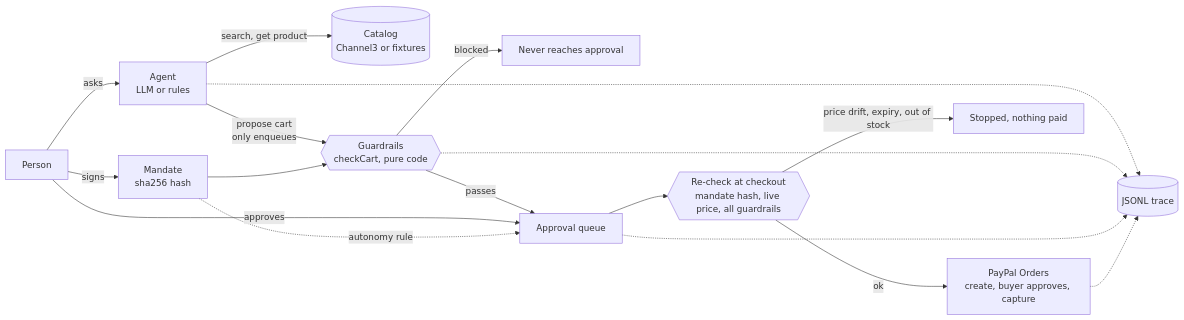
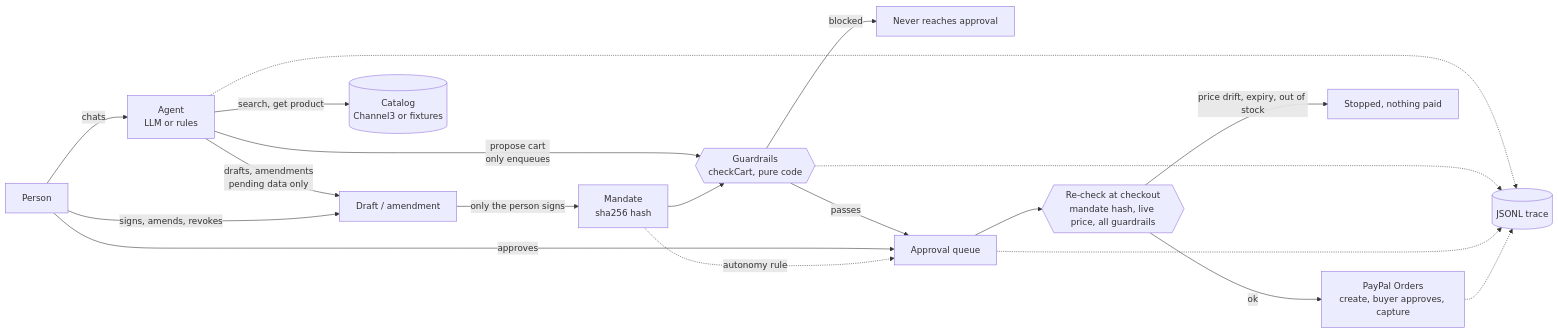
Before and after one commit to isaacboque/mandate: the diagram in README.md, drawn with Mermaid. The commit also changed other lines of this file and 81 other files, not shown here.

First line of the commit message:
Mandate agent UI: chat + contracts panel (part 2/2) (#29)

````diff
--- a/README.md
+++ b/README.md
@@ -33,19 +39,21 @@
 ```mermaid
 flowchart LR
-  U[Person] -->|signs| M[Mandate<br/>sha256 hash]
-  U -->|asks| A[Agent<br/>LLM or rules]
+  U[Person] -->|chats| A[Agent<br/>LLM or rules]
+  A -->|drafts, amendments<br/>pending data only| D[Draft / amendment]
+  D -->|only the person signs| M[Mandate<br/>sha256 hash]
+  U -->|signs, amends, revokes| D
   A -->|search, get product| C[(Catalog<br/>Channel3 or fixtures)]
   A -->|propose cart<br/>only enqueues| G{{Guardrails<br/>checkCart, pure code}}
   M --> G
   G -->|blocked| X[Never reaches approval]
   G -->|passes| Q[Approval queue]
   U -->|approves| Q
   M -. autonomy rule .-> Q
   Q --> R{{Re-check at checkout<br/>mandate hash, live price, all guardrails}}
   R -->|ok| P[PayPal Orders<br/>create, buyer approves, capture]
   R -->|price drift, expiry, out of stock| F[Stopped, nothing paid]
   A -.-> T[(JSONL trace)]
   G -.-> T
   Q -.-> T
   P -.-> T
 ```
````
